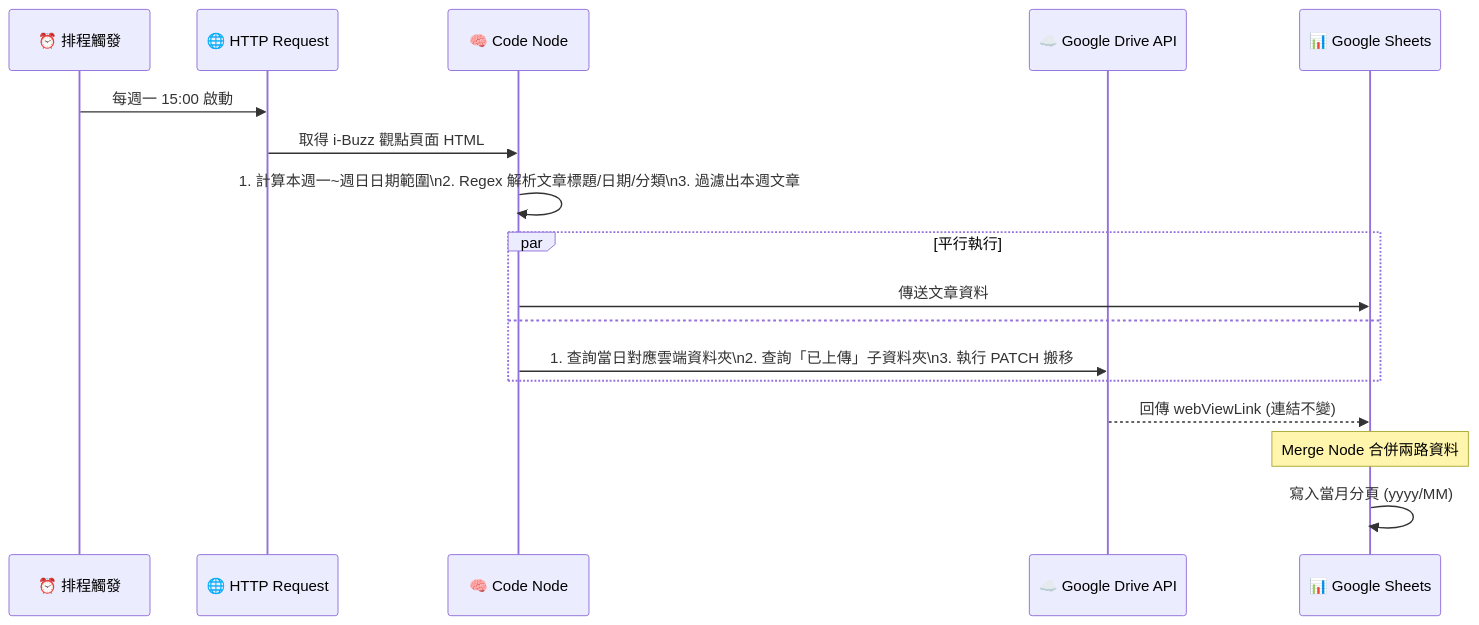
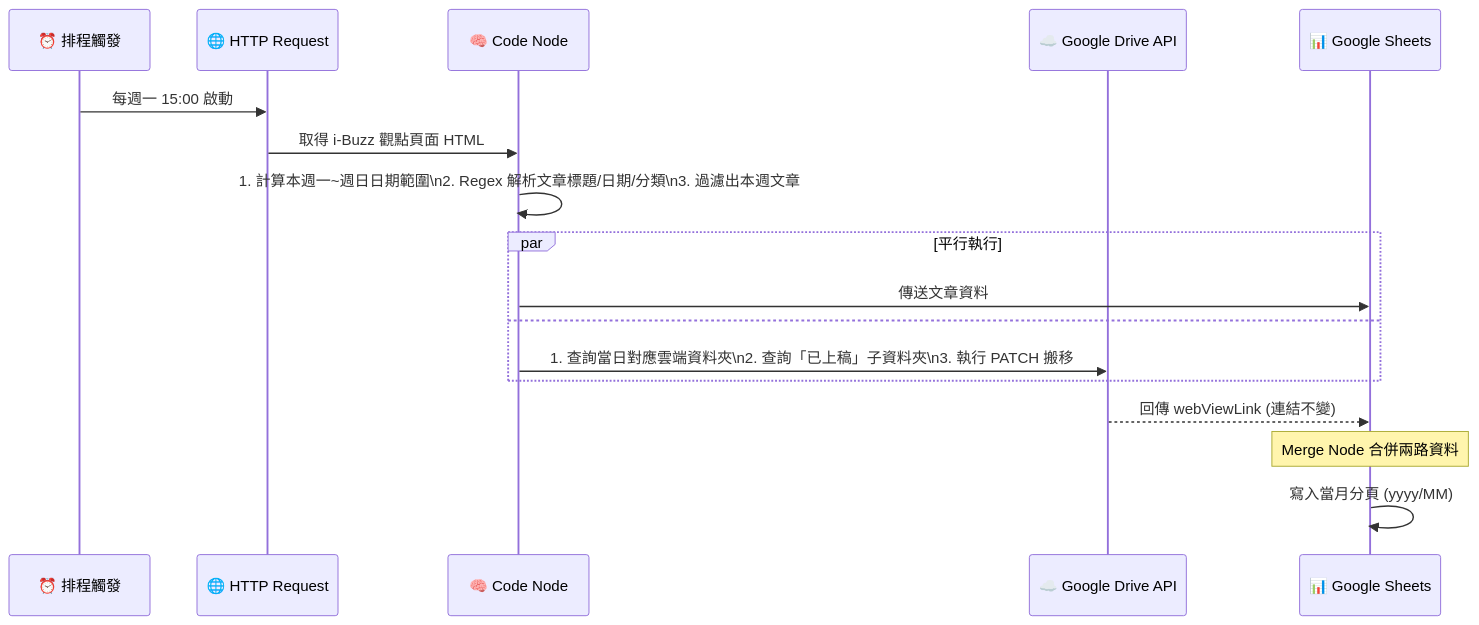
One commit to uyang-03/n8n-autotypein changed the second of 4 diagrams in operation_logic_report.md. Above: the diagram before and after it, drawn with Mermaid. The commit also changed other lines of this file and 1 other file, not shown here.

Commit message:
Update: rename destination folder to '已上稿'

````diff
--- a/operation_logic_report.md
+++ b/operation_logic_report.md
@@ -60,20 +60,20 @@
 ```mermaid
 sequenceDiagram
     participant 排程 as ⏰ 排程觸發
     participant 爬蟲 as 🌐 HTTP Request
     participant 解析 as 🧠 Code Node
     participant Drive as ☁️ Google Drive API
     participant Sheets as 📊 Google Sheets
 
     排程->>爬蟲: 每週一 15:00 啟動
     爬蟲->>解析: 取得 i-Buzz 觀點頁面 HTML
     解析->>解析: 1. 計算本週一~週日日期範圍\n2. Regex 解析文章標題/日期/分類\n3. 過濾出本週文章
     par 平行執行
         解析->>Sheets: 傳送文章資料
     and
-        解析->>Drive: 1. 查詢當日對應雲端資料夾\n2. 查詢「已上傳」子資料夾\n3. 執行 PATCH 搬移
+        解析->>Drive: 1. 查詢當日對應雲端資料夾\n2. 查詢「已上稿」子資料夾\n3. 執行 PATCH 搬移
     end
     Drive-->>Sheets: 回傳 webViewLink (連結不變)
     Note over Sheets: Merge Node 合併兩路資料
     Sheets->>Sheets: 寫入當月分頁 (yyyy/MM)
 ```
````
